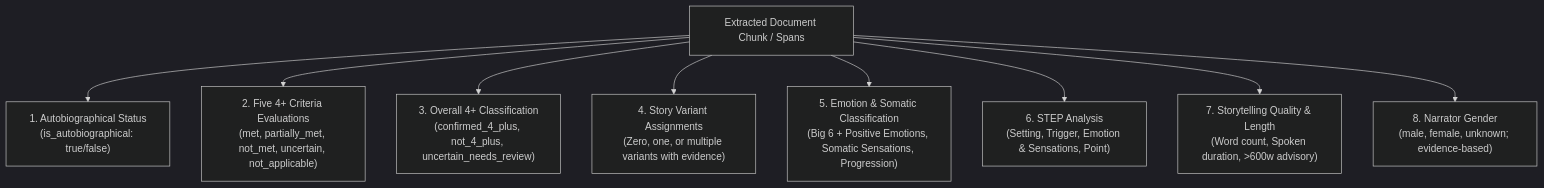
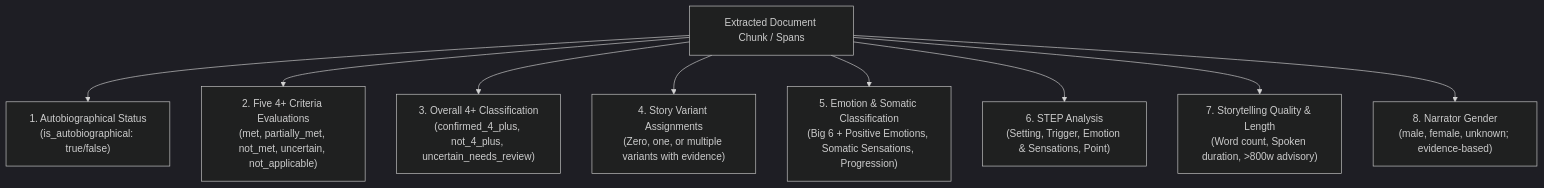
One commit to swgleason/four-plus-story changed the first of 3 diagrams in docs/AI_CLASSIFICATION_SPEC.md. Above: the diagram before and after it, drawn with Mermaid (dark theme). The commit also changed other lines of this file and 29 other files, not shown here.

````diff
--- a/docs/AI_CLASSIFICATION_SPEC.md
+++ b/docs/AI_CLASSIFICATION_SPEC.md
@@ -21,11 +21,11 @@
 ```mermaid
 graph TD
     RawChunk["Extracted Document Chunk / Spans"] --> D1["1. Autobiographical Status<br/>(is_autobiographical: true/false)"]
     RawChunk --> D2["2. Five 4+ Criteria Evaluations<br/>(met, partially_met, not_met, uncertain, not_applicable)"]
     RawChunk --> D3["3. Overall 4+ Classification<br/>(confirmed_4_plus, not_4_plus, uncertain_needs_review)"]
     RawChunk --> D4["4. Story Variant Assignments<br/>(Zero, one, or multiple variants with evidence)"]
     RawChunk --> D5["5. Emotion & Somatic Classification<br/>(Big 6 + Positive Emotions, Somatic Sensations, Progression)"]
     RawChunk --> D6["6. STEP Analysis<br/>(Setting, Trigger, Emotion & Sensations, Point)"]
-    RawChunk --> D7["7. Storytelling Quality & Length<br/>(Word count, Spoken duration, >600w advisory)"]
+    RawChunk --> D7["7. Storytelling Quality & Length<br/>(Word count, Spoken duration, >800w advisory)"]
     RawChunk --> D8["8. Narrator Gender<br/>(male, female, unknown; evidence-based)"]
 ```
````
